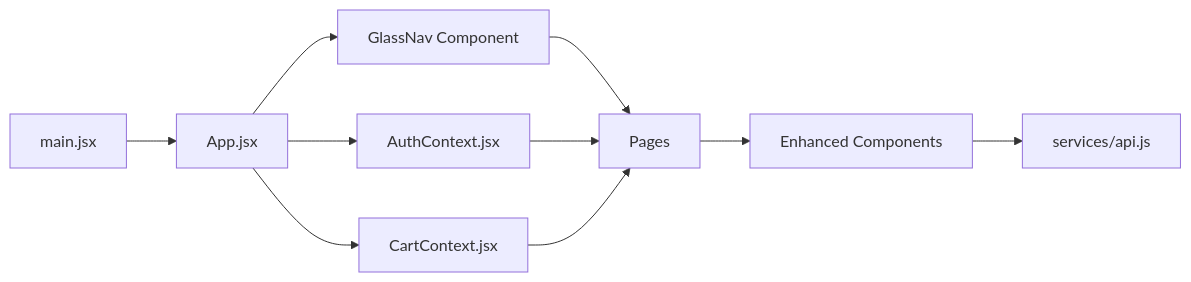
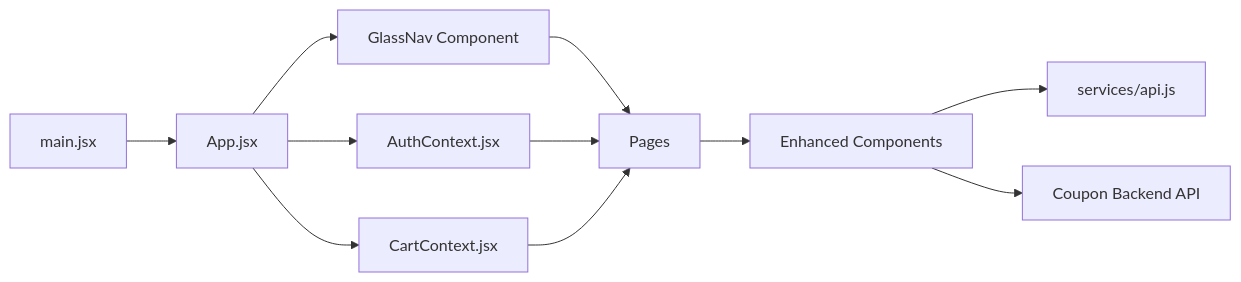
One commit to Pavan-PSPK9032/TrendsandToss changed the seventh of 7 diagrams in .qoder/repowiki/en/content/Frontend Components & UI/Frontend Components & UI.md. Above: the diagram before and after it, drawn with Mermaid. The commit also changed other lines of this file and 16 other files, not shown here.

````diff
--- a/.qoder/repowiki/en/content/Frontend Components & UI/Frontend Components & UI.md
+++ b/.qoder/repowiki/en/content/Frontend Components & UI/Frontend Components & UI.md
@@ -377,12 +435,13 @@
 ```mermaid
 graph LR
 MAIN["main.jsx"] --> APP["App.jsx"]
 APP --> GLASS_NAV["GlassNav Component"]
 APP --> AUTH["AuthContext.jsx"]
 APP --> CART["CartContext.jsx"]
 GLASS_NAV --> PAGES["Pages"]
 AUTH --> PAGES
 CART --> PAGES
 PAGES --> UI["Enhanced Components"]
 UI --> API["services/api.js"]
+UI --> COUPON_API["Coupon Backend API"]
 ```
````
